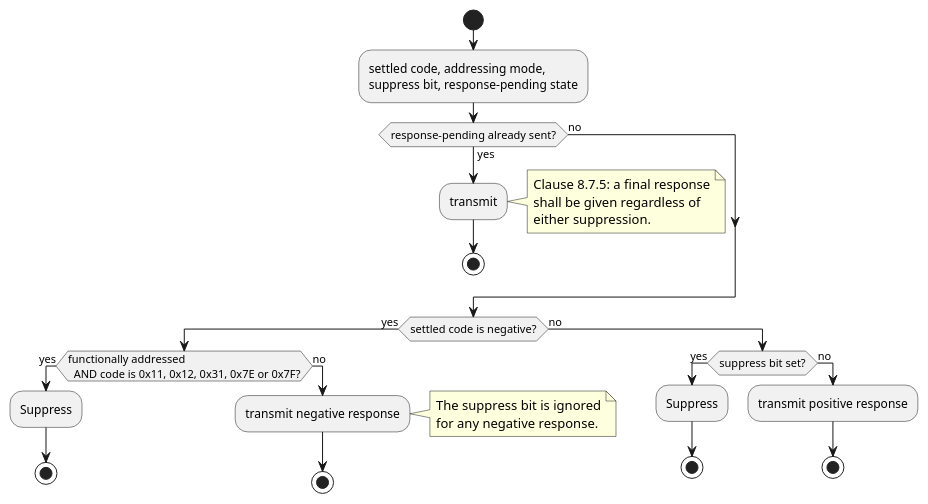
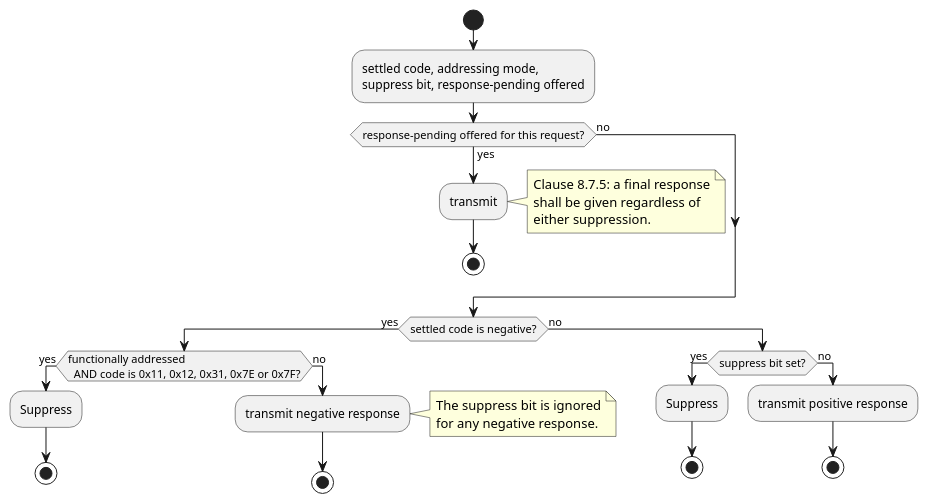
The third of 3 diagrams in crates/uds_services/docs/architecture/dispatch.rst (luminartech/uds_stack), drawn with PlantUML before and after one commit. The commit also changed other lines of this file, not shown here.

```diff
--- a/crates/uds_services/docs/architecture/dispatch.rst
+++ b/crates/uds_services/docs/architecture/dispatch.rst
@@ -336,44 +336,44 @@
    .. uml::
       :align: center
       :caption: The gate. The response-pending override is drawn first because it
                 short-circuits both suppressions.
 
       @startuml
       start
       :settled code, addressing mode,
-      suppress bit, response-pending state;
+      suppress bit, response-pending offered;
 
-      if (response-pending already sent?) then (yes)
+      if (response-pending offered for this request?) then (yes)
         :transmit; <<positive>>
         note right
           Clause 8.7.5: a final response
           shall be given regardless of
           either suppression.
         end note
         stop
       else (no)
       endif
 
       if (settled code is negative?) then (yes)
         if (functionally addressed
         AND code is 0x11, 0x12, 0x31, 0x7E or 0x7F?) then (yes)
           :Suppress; <<silent>>
           stop
         else (no)
           :transmit negative response; <<negative>>
           note right
             The suppress bit is ignored
             for any negative response.
           end note
           stop
         endif
       else (no)
         if (suppress bit set?) then (yes)
           :Suppress; <<silent>>
           stop
         else (no)
           :transmit positive response; <<positive>>
           stop
         endif
       endif
       @enduml
```
